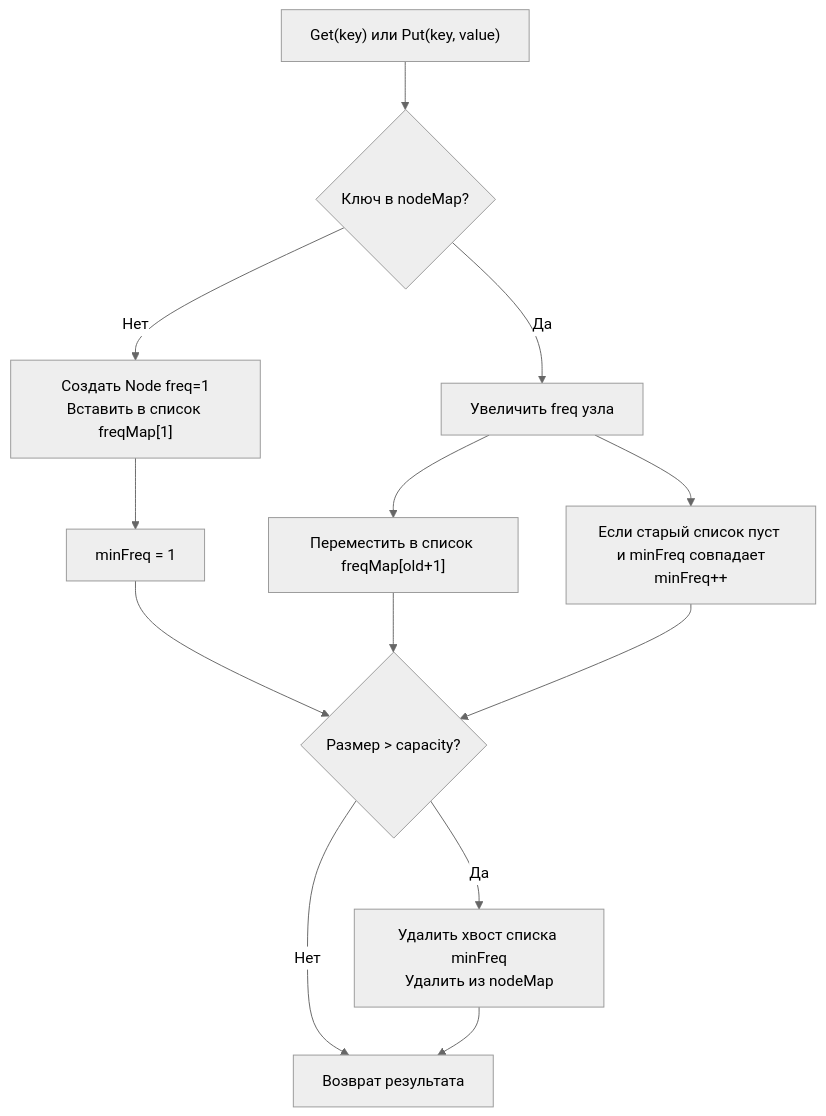
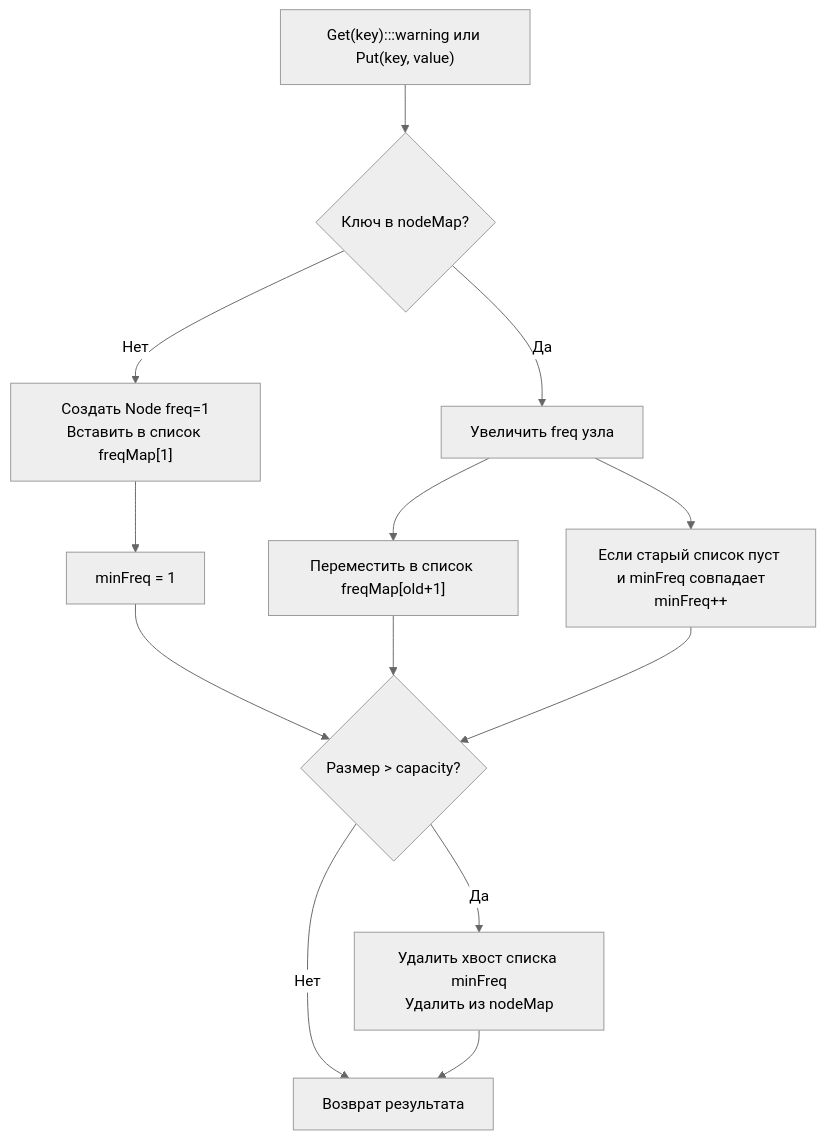
Before and after one commit to UnrealTemplier/go-textbook: the diagram in sources/21. Задачи с LeetCode и собеседований на Go/02. Задачи/26. Design задачи и структуры данных/4. LFU Cache.md, drawn with Mermaid (neutral theme). The commit also changed 1666 other files, not shown here.

First line of the commit message:
feat(mermaid): add semantic color classDef to 1369 colorless flowchart/graph diagrams

````diff
--- a/sources/21. Задачи с LeetCode и собеседований на Go/02. Задачи/26. Design задачи и структуры данных/4. LFU Cache.md
+++ b/sources/21. Задачи с LeetCode и собеседований на Go/02. Задачи/26. Design задачи и структуры данных/4. LFU Cache.md
@@ -5,15 +5,25 @@
 ```mermaid
 flowchart TD
-  A["Get(key) или Put(key, value)"] --> B{"Ключ в nodeMap?"}
+    classDef process  fill:#1e293b,stroke:#38bdf8,stroke-width:1px,color:#f8fafc
+    classDef success  fill:#064e3b,stroke:#34d399,stroke-width:1px,color:#f8fafc
+    classDef error    fill:#7f1d1d,stroke:#f87171,stroke-width:1px,color:#f8fafc
+    classDef warning  fill:#78350f,stroke:#fbbf24,stroke-width:1px,color:#f8fafc
+    classDef entry    fill:#1e3a5f,stroke:#38bdf8,stroke-width:2px,color:#f8fafc
+    classDef aux      fill:#334155,stroke:#64748b,stroke-width:1px,color:#f8fafc
+    classDef system   fill:#312e81,stroke:#a78bfa,stroke-width:1px,color:#f8fafc
+    classDef data     fill:#132d29,stroke:#2dd4bf,stroke-width:1px,color:#f8fafc
+    classDef network  fill:#881337,stroke:#fb7185,stroke-width:1px,color:#f8fafc
+    classDef accent   fill:#1e1b4b,stroke:#818cf8,stroke-width:1px,color:#f8fafc
+  A["Get(key):::warning или Put(key, value)"] --> B{"Ключ в nodeMap?"}
   B -->|Нет| C["Создать Node freq=1<br>Вставить в список freqMap[1]"]
   C --> D["minFreq = 1"]
   B -->|Да| E["Увеличить freq узла"]
   E --> F["Переместить в список freqMap[old+1]"]
   E --> G["Если старый список пуст и minFreq совпадает<br>minFreq++"]
   D --> H{"Размер > capacity?"}
   F --> H
   G --> H
   H -->|Да| I["Удалить хвост списка minFreq<br>Удалить из nodeMap"]
   H -->|Нет| J["Возврат результата"]
   I --> J
 ```
````
